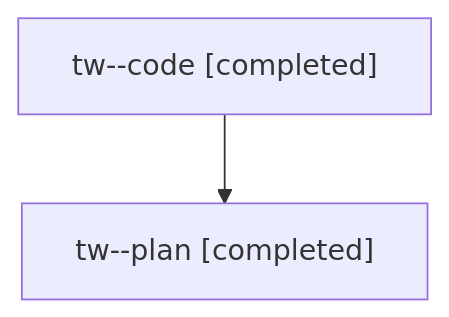
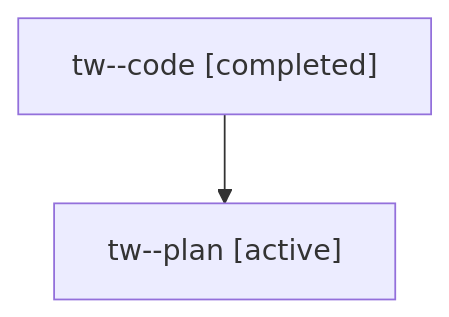
One commit to sase-org/sase--agents changed the diagram in families/bbugyi200.athena.tw.md. Above: the diagram before and after it, drawn with Mermaid. The commit also changed other lines of this file and 4556 other files, not shown here.

````diff
--- a/families/bbugyi200.athena.tw.md
+++ b/families/bbugyi200.athena.tw.md
@@ -9,6 +9,6 @@
 ```mermaid
 flowchart TD
   n0["tw--code [completed]"]
-  n1["tw--plan [completed]"]
+  n1["tw--plan [active]"]
   n0 --> n1
 ```
````
